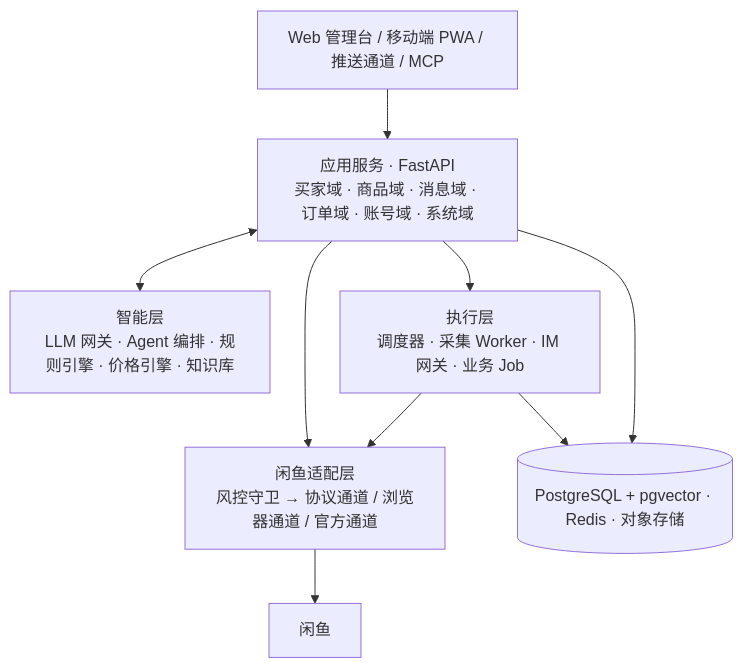
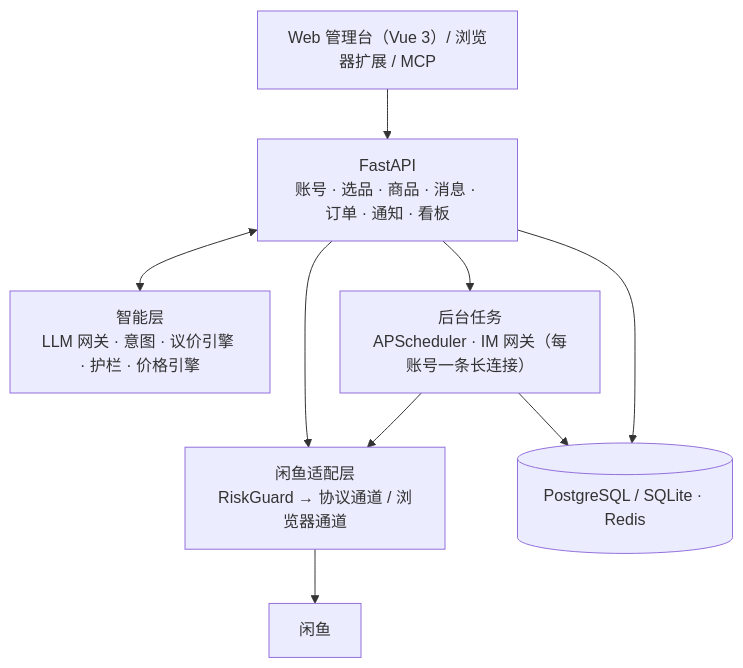
The diagram in README.md (ln2146/XianyuHub), drawn with Mermaid before and after one commit. The commit also changed other lines of this file and 1 other file, not shown here.

````diff
--- a/README.md
+++ b/README.md
@@ -94,10 +97,10 @@
 ```mermaid
 flowchart TB
-  UI["Web 管理台 / 移动端 PWA / 推送通道 / MCP"] --> APP["应用服务 · FastAPI<br/>买家域 · 商品域 · 消息域 · 订单域 · 账号域 · 系统域"]
-  APP <--> AI["智能层<br/>LLM 网关 · Agent 编排 · 规则引擎 · 价格引擎 · 知识库"]
-  APP --> WK["执行层<br/>调度器 · 采集 Worker · IM 网关 · 业务 Job"]
-  WK --> GW["闲鱼适配层<br/>风控守卫 → 协议通道 / 浏览器通道 / 官方通道"]
-  APP --> GW
+  UI["Web 管理台（Vue 3）/ 浏览器扩展 / MCP"] --> API["FastAPI<br/>账号 · 选品 · 商品 · 消息 · 订单 · 通知 · 看板"]
+  API <--> AI["智能层<br/>LLM 网关 · 意图 · 议价引擎 · 护栏 · 价格引擎"]
+  API --> WK["后台任务<br/>APScheduler · IM 网关（每账号一条长连接）"]
+  WK --> GW["闲鱼适配层<br/>RiskGuard → 协议通道 / 浏览器通道"]
+  API --> GW
   GW --> XY["闲鱼"]
-  APP & WK --> DB[("PostgreSQL + pgvector · Redis · 对象存储")]
+  API & WK --> DB[("PostgreSQL / SQLite · Redis")]
 ```
````
